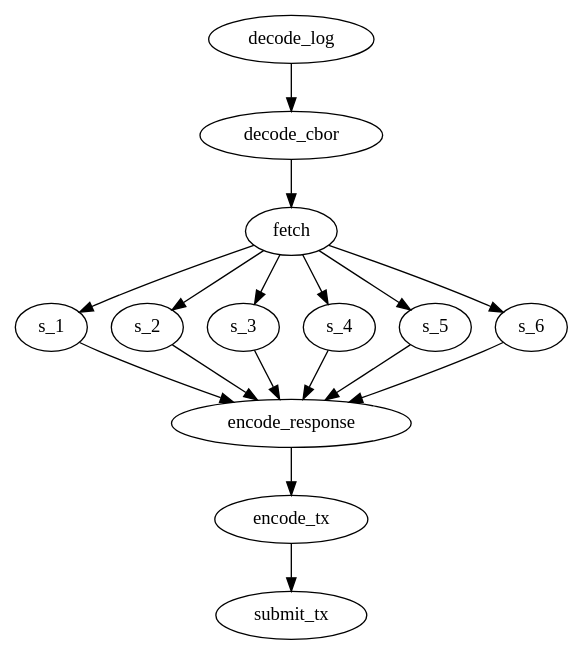
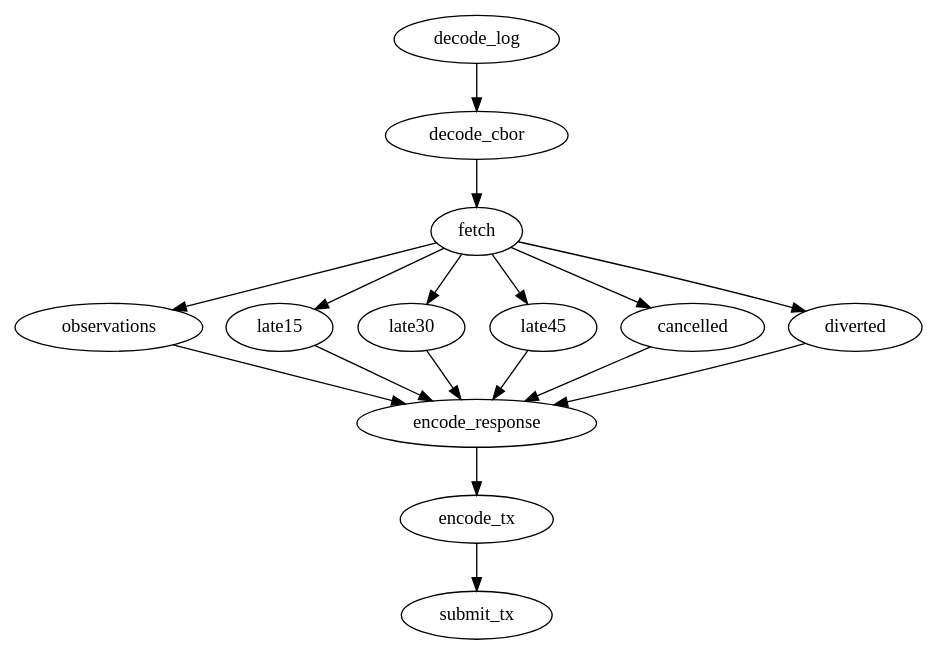
The diagram in chainlink/jobs/ratings.dot (etherisc/flightdelay-oracles), drawn with Graphviz before and after one commit. The commit also changed 13 other files, not shown here.

Commit message:
Migrate to new chainlink job definition / cont

```diff
--- a/chainlink/jobs/ratings.dot
+++ b/chainlink/jobs/ratings.dot
@@ -1,69 +1,79 @@
 digraph {
+//
+// Chainlink Job definition for the ratings oracle
+//
 
 // First, we parse the request log and the CBOR payload inside of it
 decode_log [
     type="ethabidecodelog"
     abi="OracleRequest(bytes32 indexed specId, address requester, bytes32 requestId, uint256 payment, address callbackAddr, bytes4 callbackFunctionId, uint256 cancelExpiration, uint256 dataVersion, bytes data)"
     data="$(jobRun.logData)"
     topics="$(jobRun.logTopics)"
     ]
 
 // The result of the following element is a map e.g. {carrier: "LH", flightNumber: "117"}
 decode_cbor [
     type="cborparse"
     data="$(decode_log.data)"
     ]
 
 
 // Then, we use the decoded request parameters to make an HTTP fetch
 fetch [
     type="http"
     method=GET
     requestData="{\"carrier\": $(decode_cbor.carrier), \"flightNumber\": $(decode_cbor.flightNumber)}"
     url="https://fs-api.etherisc.com/api/v1/ratings-oracle"
     ]
 
 
 // From the fetch result, we parse out the individual elements (rating statistics)
-s_1 [ type="jsonparse" data="$(fetch)" path="s_1" ]
-s_2 [ type="jsonparse" data="$(fetch)" path="s_2" ]
-s_3 [ type="jsonparse" data="$(fetch)" path="s_3" ]
-s_4 [ type="jsonparse" data="$(fetch)" path="s_4" ]
-s_5 [ type="jsonparse" data="$(fetch)" path="s_5" ]
-s_6 [ type="jsonparse" data="$(fetch)" path="s_6" ]
+observations [ type="jsonparse" data="$(fetch)" path="observations" ]
+late15 [ type="jsonparse" data="$(fetch)" path="late15" ]
+late30 [ type="jsonparse" data="$(fetch)" path="late30" ]
+late45 [ type="jsonparse" data="$(fetch)" path="late45" ]
+cancelled [ type="jsonparse" data="$(fetch)" path="cancelled" ]
+diverted [ type="jsonparse" data="$(fetch)" path="diverted" ]
 
 
 // Finally, we send a response on-chain.
 // The abi is the abi of the fulfill function in the receiving contract.
 encode_response [
 type="ethabiencode"
-abi="(bytes32 requestId, uint256 s_1, uint256 s_2, uint256 s_3, uint256 s_4, uint256 s_5, uint256 s_6)"
-data="{\"requestId\": $(decode_log.requestId), \"s_1\": $(s_1), \"s_2\": $(s_2), \"s_3\": $(s_3), \"s_4\": $(s_4), \"s_5\": $(s_5), \"s_6\": $(s_6)}"
+abi="(bytes32 requestId, uint256 observations, uint256 late15, uint256 late30, uint256 late45, uint256 cancelled, uint256 diverted)"
+data="{\"requestId\": $(decode_log.requestId), \"observations\": $(observations), \"late15\": $(late15), \"late30\": $(late30), \"late45\": $(late45), \"cancelled\": $(cancelled), \"diverted\": $(diverted)}"
 ]
 
 encode_tx [
 type="ethabiencode"
-abi="fulfillOracleRequest(bytes32 requestId, uint256 payment, address callbackAddress, bytes4 callbackFunctionId, uint256 expiration, bytes calldata data)"
+abi="fulfillOracleRequest2(bytes32 requestId, uint256 payment, address callbackAddress, bytes4 callbackFunctionId, uint256 expiration, bytes calldata data)"
 data="{\"requestId\": $(decode_log.requestId), \"payment\": $(decode_log.payment), \"callbackAddress\": $(decode_log.callbackAddr), \"callbackFunctionId\": $(decode_log.callbackFunctionId), \"expiration\": $(decode_log.cancelExpiration), \"data\": $(encode_response)}"
 ]
-
+//function fulfillOracleRequest(
+ //    bytes32 requestId,
+ //    uint256 payment,
+ //    address callbackAddress,
+ //    bytes4 callbackFunctionId,
+ //    uint256 expiration,
+ //    bytes32 data
+ //  )
 submit_tx [
 type="ethtx"
 to="0xd006d393b49f89677722Ed04A26Ab83C74B1aC0e"
 data="$(encode_tx)"
 ]
 
 // Dependency graph
 
 decode_log -> decode_cbor -> fetch
 
-fetch -> s_1 -> encode_response
-fetch -> s_2 -> encode_response
-fetch -> s_3 -> encode_response
-fetch -> s_4 -> encode_response
-fetch -> s_5 -> encode_response
-fetch -> s_6 -> encode_response
+fetch -> observations -> encode_response
+fetch -> late15 -> encode_response
+fetch -> late30 -> encode_response
+fetch -> late45 -> encode_response
+fetch -> cancelled -> encode_response
+fetch -> diverted -> encode_response
 
 encode_response -> encode_tx -> submit_tx
 
 } //digraph
```
